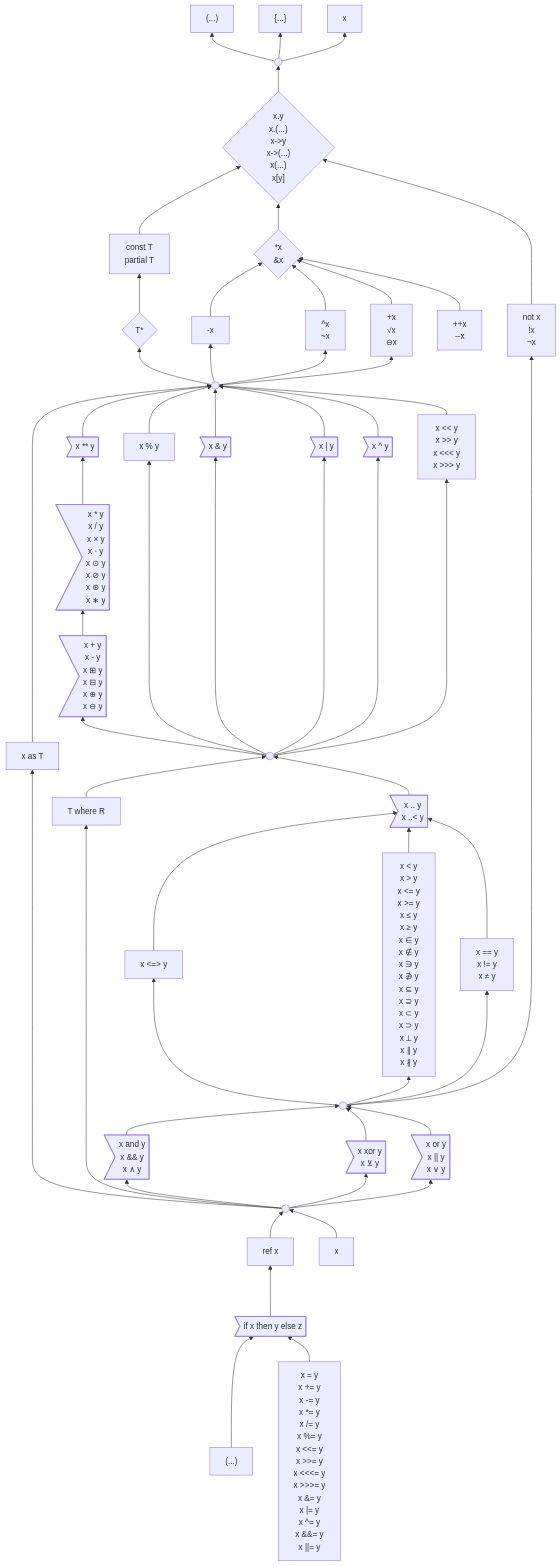
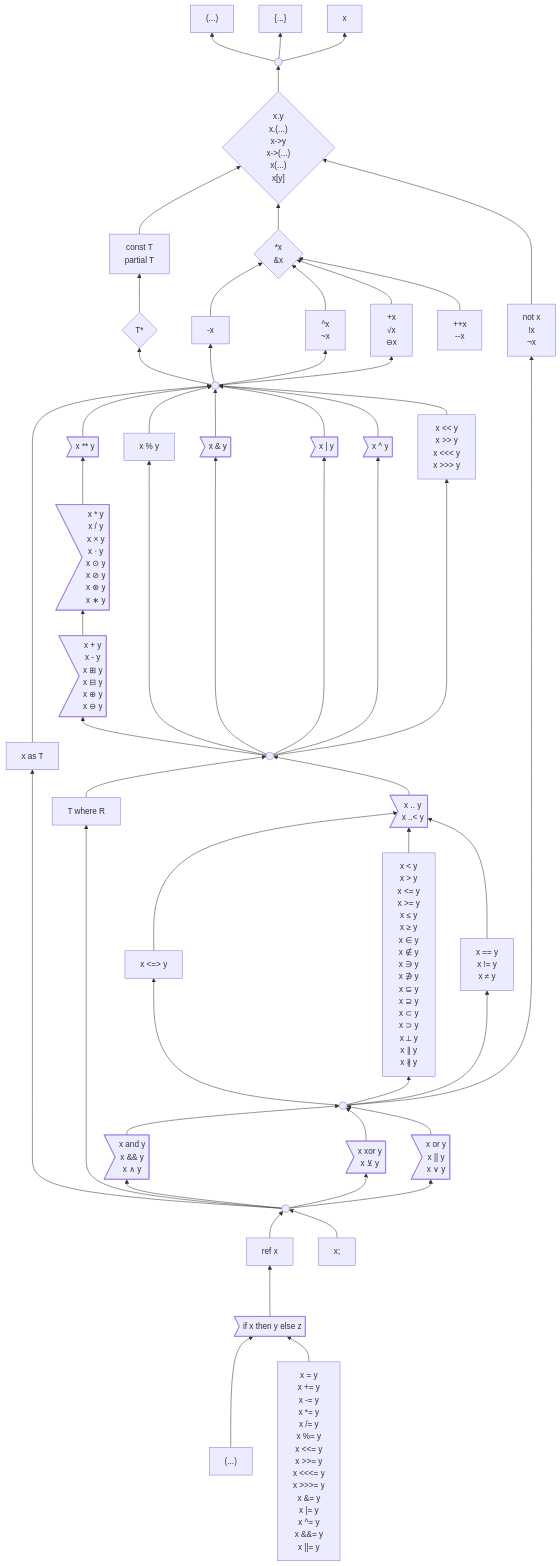
Before and after one commit to laro/Cilia: the diagram in 6 .../2 Unfinished Ideas.md, drawn with Mermaid.

Commit message:
Update 2 Unfinished Ideas.md

```diff
--- a/6 .../2 Unfinished Ideas.md
+++ b/6 .../2 Unfinished Ideas.md
@@ -313,7 +313,7 @@
                 x ||= y"]
     click assignment "https://github.com/carbon-language/carbon-lang/blob/trunk/docs/design/assignment.md"
 
-    expressionStatement["x"]
+    expressionStatement["x;"]
 
     top --> parens & braces & unqualifiedName
 
```
